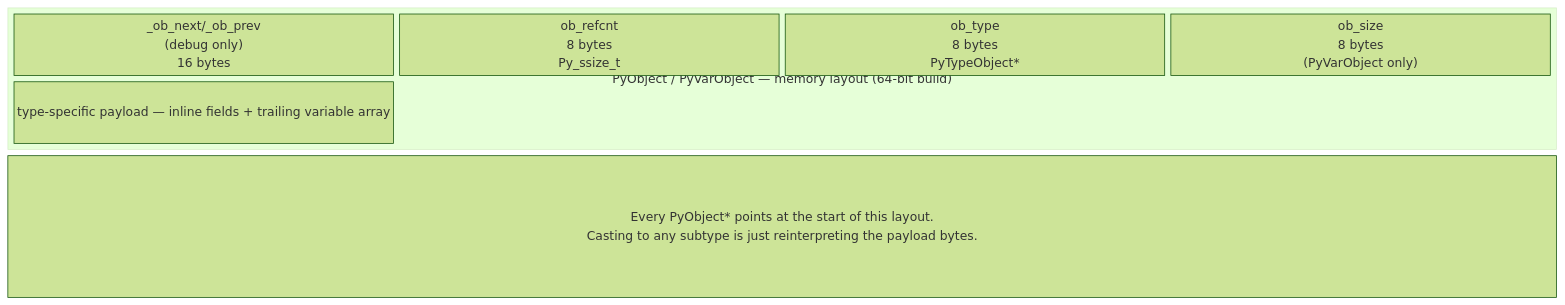
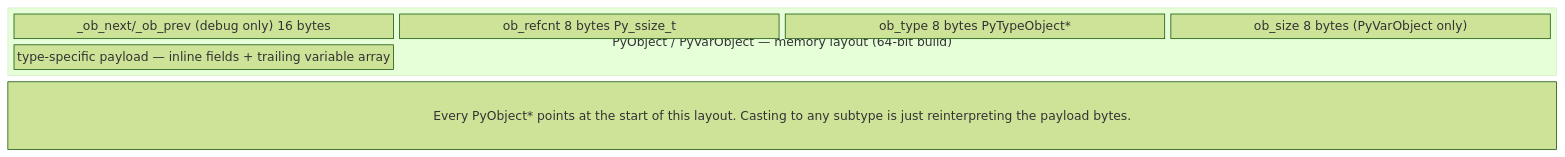
The second of 8 diagrams in vol-16-python-cpython-internals/ch02-objects-refcount.md (bumbsclaw/textbooks), drawn with Mermaid (forest theme) before and after one commit. The commit also changed other lines of this file and 9 other files, not shown here.

First line of the commit message:
fix(pdf, mermaid): syntax-highlighted code blocks + diagram label fixes

````diff
--- a/vol-16-python-cpython-internals/ch02-objects-refcount.md
+++ b/vol-16-python-cpython-internals/ch02-objects-refcount.md
@@ -107,13 +107,13 @@
 ```mermaid
 block-beta
   columns 1
   block:OBJ["PyObject / PyVarObject — memory layout (64-bit build)"]
     columns 4
-    EXTRA[" _ob_next/_ob_prev<br/>(debug only)<br/>16 bytes"]
-    REFCNT["ob_refcnt<br/>8 bytes<br/>Py_ssize_t"]
-    TYPE["ob_type<br/>8 bytes<br/>PyTypeObject*"]
-    SIZE["ob_size<br/>8 bytes<br/>(PyVarObject only)"]
+    EXTRA[" _ob_next/_ob_prev (debug only) 16 bytes"]
+    REFCNT["ob_refcnt 8 bytes Py_ssize_t"]
+    TYPE["ob_type 8 bytes PyTypeObject*"]
+    SIZE["ob_size 8 bytes (PyVarObject only)"]
     PAYLOAD["type-specific payload — inline fields + trailing variable array"]
   end
-  NOTE["Every PyObject* points at the start of this layout.<br/>Casting to any subtype is just reinterpreting the payload bytes."]
+  NOTE["Every PyObject* points at the start of this layout. Casting to any subtype is just reinterpreting the payload bytes."]
 ```
````
